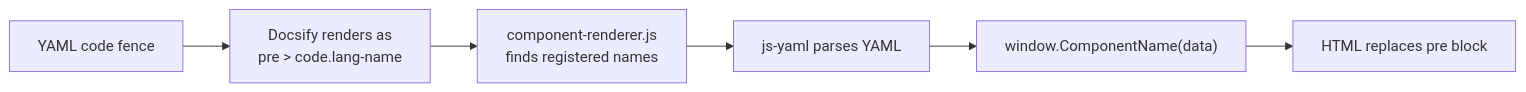
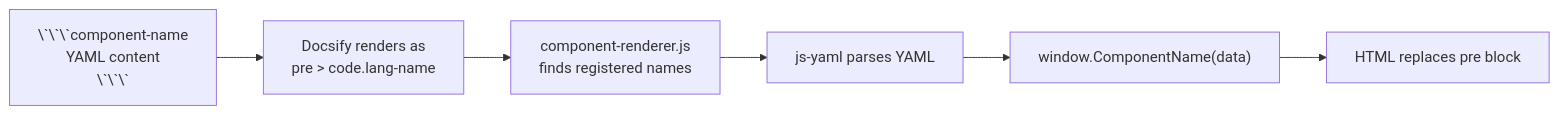
The diagram in docs/content/guide/getting-started.md (Kiri23/DocsifyTemplate), drawn with Mermaid before and after one commit. The commit also changed 5 other files, not shown here.

````diff
--- a/docs/content/guide/getting-started.md
+++ b/docs/content/guide/getting-started.md
@@ -172,8 +172,8 @@
 ```mermaid
 graph LR
-    A["YAML code fence"] --> B["Docsify renders as<br/>pre > code.lang-name"]
+    A["\`\`\`component-name<br/>YAML content<br/>\`\`\`"] --> B["Docsify renders as<br/>pre > code.lang-name"]
     B --> C["component-renderer.js<br/>finds registered names"]
     C --> D["js-yaml parses YAML"]
     D --> E["window.ComponentName(data)"]
     E --> F["HTML replaces pre block"]
 ```
````
